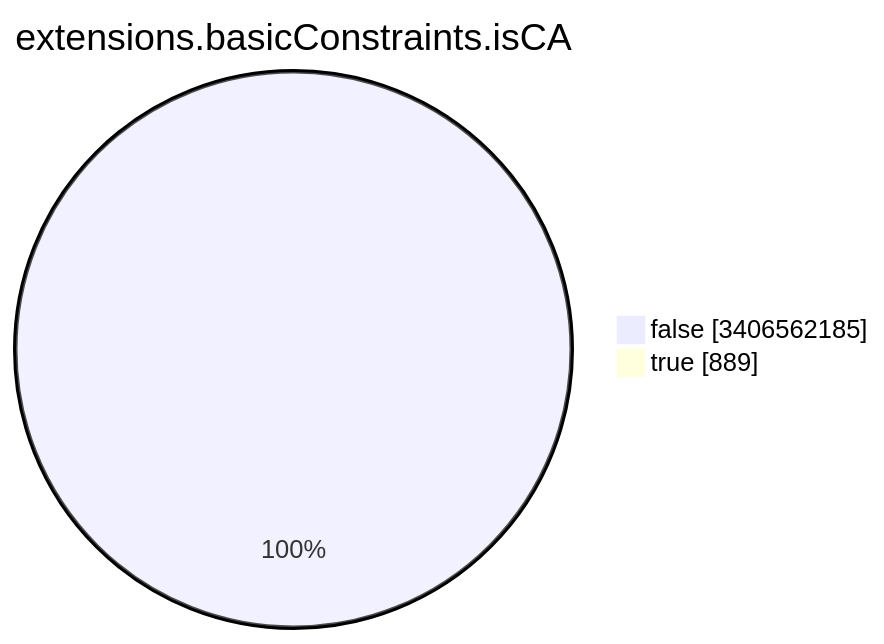
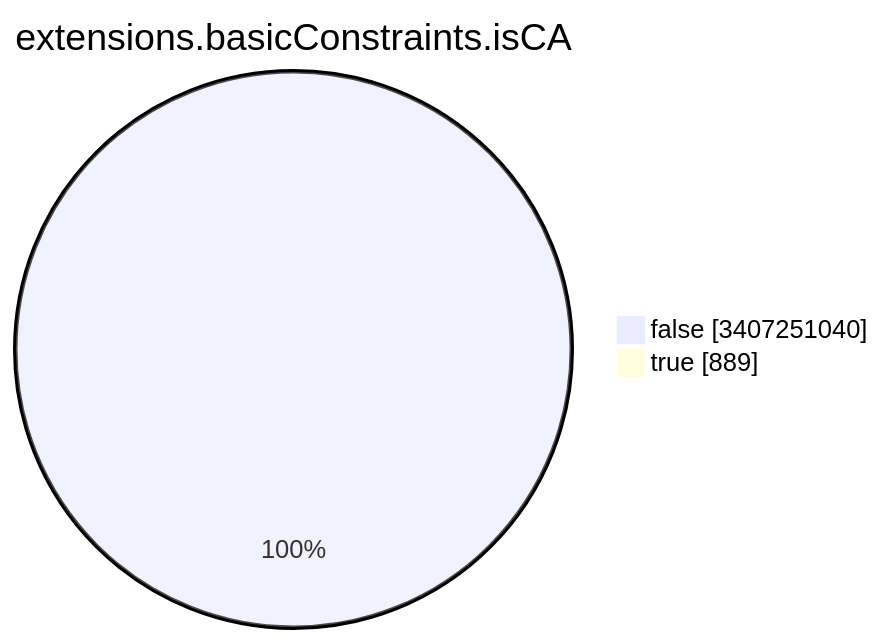
The seventh of 15 diagrams in TOTAL/README.md (christiankrug/ctmonitor_visualization), drawn with Mermaid before and after one commit. The commit also changed other lines of this file, not shown here.

````diff
--- a/TOTAL/README.md
+++ b/TOTAL/README.md
@@ -3091,6 +3091,6 @@
 ```mermaid
 pie showData
 title extensions.basicConstraints.isCA
-"false" :3406562185
+"false" :3407251040
 "true" :889
 ```
````
